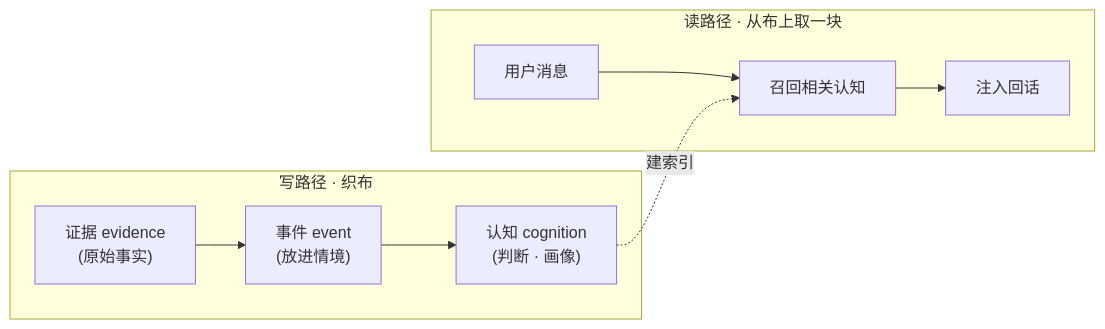
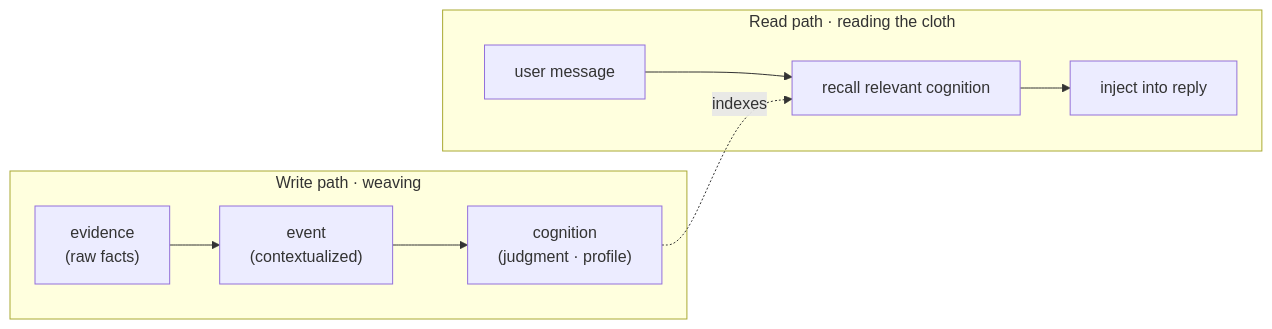
Before and after one commit to kestercarroll702-gif/memoweft: the diagram in README.md, drawn with Mermaid. The commit also changed other lines of this file and 7 other files, not shown here.

Commit message:
chore: 迁 memoweft/memoweft + README 英文优先(中文移 README.zh-CN.md) + 新增库为主 ROADMAP

````diff
--- a/README.md
+++ b/README.md
@@ -92,10 +92,10 @@
 ```mermaid
 flowchart LR
-  subgraph 写路径 [写路径 · 织布]
-    E["证据 evidence<br/>(原始事实)"] --> V["事件 event<br/>(放进情境)"] --> C["认知 cognition<br/>(判断 · 画像)"]
+  subgraph write [Write path · weaving]
+    E["evidence<br/>(raw facts)"] --> V["event<br/>(contextualized)"] --> C["cognition<br/>(judgment · profile)"]
   end
-  subgraph 读路径 [读路径 · 从布上取一块]
-    Q["用户消息"] --> S["召回相关认知"] --> INJ["注入回话"]
+  subgraph read [Read path · reading the cloth]
+    Q["user message"] --> S["recall relevant cognition"] --> INJ["inject into reply"]
   end
-  C -. 建索引 .-> S
+  C -. indexes .-> S
 ```
````
